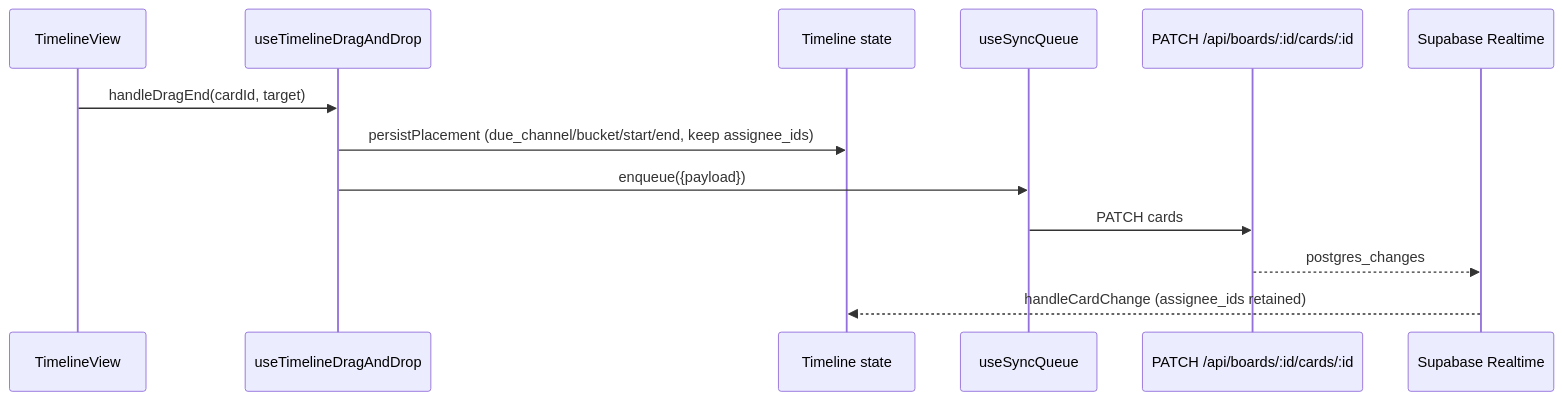
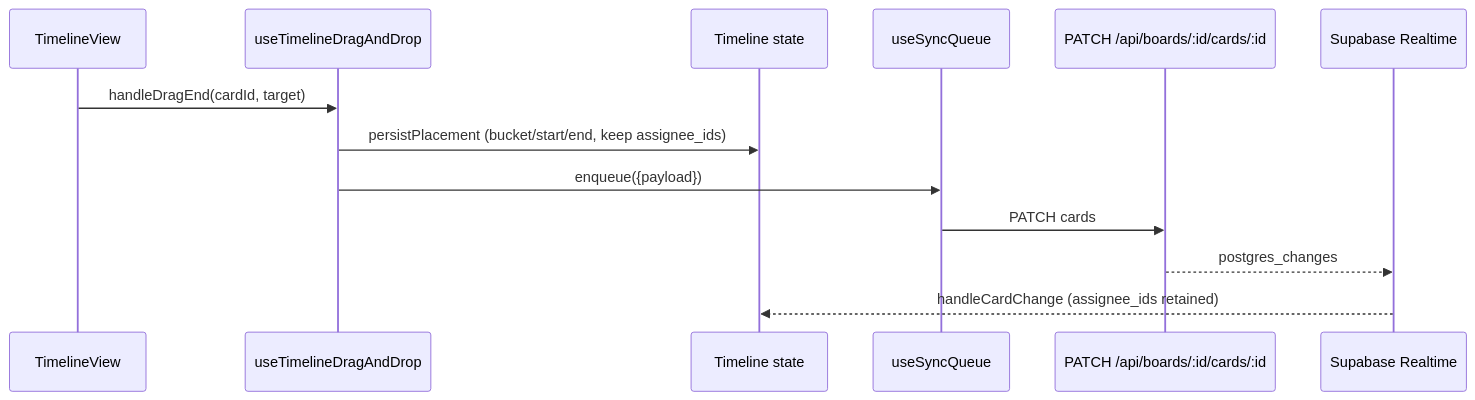
Before and after one commit to my151ae/taesk: the second of 3 diagrams in docs/detail/architecture.md, drawn with Mermaid. The commit also changed other lines of this file and 6 other files, not shown here.

````diff
--- a/docs/detail/architecture.md
+++ b/docs/detail/architecture.md
@@ -176,16 +176,16 @@
 ```mermaid
 sequenceDiagram
   participant UI as TimelineView
   participant DnD as useTimelineDragAndDrop
   participant State as Timeline state
   participant Sync as useSyncQueue
   participant API as PATCH /api/boards/:id/cards/:id
   participant RT as Supabase Realtime
 
   UI->>DnD: handleDragEnd(cardId, target)
-  DnD->>State: persistPlacement (due_channel/bucket/start/end, keep assignee_ids)
+  DnD->>State: persistPlacement (bucket/start/end, keep assignee_ids)
   DnD->>Sync: enqueue({payload})
   Sync->>API: PATCH cards
   API-->>RT: postgres_changes
   RT-->>State: handleCardChange (assignee_ids retained)
 ```
````
